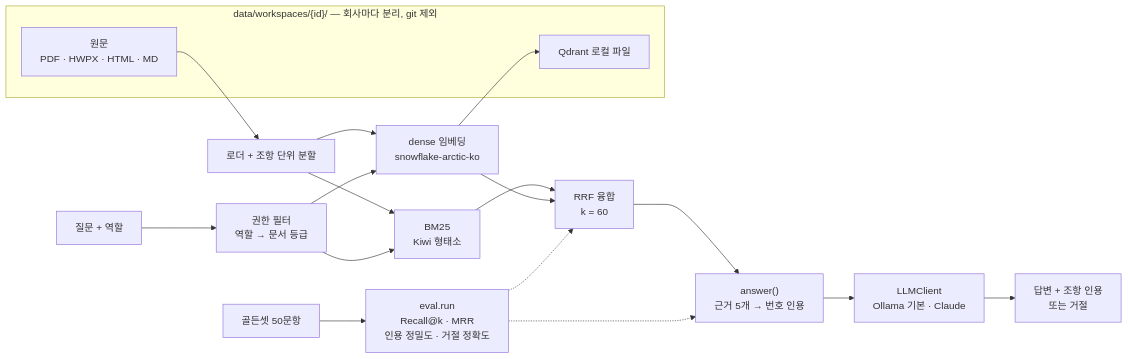
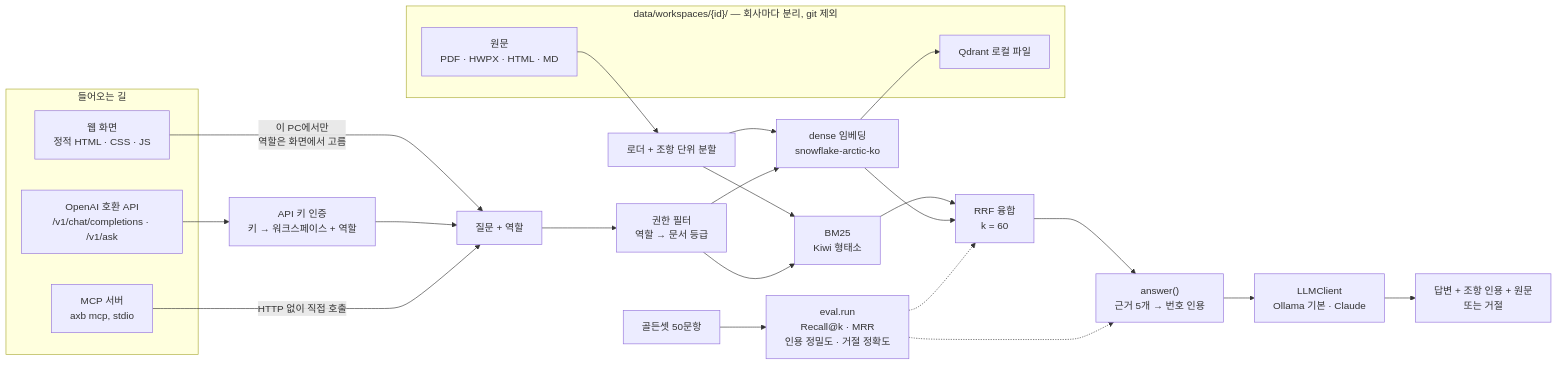
One commit to Growcompany/ax-assistant-builder changed the diagram in README.md. Above: the diagram before and after it, drawn with Mermaid. The commit also changed other lines of this file and 2 other files, not shown here.

````diff
--- a/README.md
+++ b/README.md
@@ -64,22 +200,31 @@
 ```mermaid
 flowchart LR
+    subgraph IN["들어오는 길"]
+        UI["웹 화면<br/>정적 HTML · CSS · JS"]
+        V1["OpenAI 호환 API<br/>/v1/chat/completions · /v1/ask"]
+        MCP["MCP 서버<br/>axb mcp, stdio"]
+    end
+    UI -->|"이 PC에서만<br/>역할은 화면에서 고름"| Q
+    V1 --> KEY["API 키 인증<br/>키 → 워크스페이스 + 역할"]
+    KEY --> Q
+    MCP -->|"HTTP 없이 직접 호출"| Q
     subgraph WS["data/workspaces/{id}/ — 회사마다 분리, git 제외"]
         RAW["원문<br/>PDF · HWPX · HTML · MD"]
         IDX["Qdrant 로컬 파일"]
     end
     RAW --> CHUNK["로더 + 조항 단위 분할"]
     CHUNK --> BM25["BM25<br/>Kiwi 형태소"]
     CHUNK --> DENSE["dense 임베딩<br/>snowflake-arctic-ko"]
     DENSE --> IDX
     Q["질문 + 역할"] --> ACL["권한 필터<br/>역할 → 문서 등급"]
     ACL --> BM25
     ACL --> DENSE
     BM25 --> RRF["RRF 융합<br/>k = 60"]
     DENSE --> RRF
     RRF --> ANS["answer()<br/>근거 5개 → 번호 인용"]
     ANS --> LLM["LLMClient<br/>Ollama 기본 · Claude"]
-    LLM --> OUT["답변 + 조항 인용<br/>또는 거절"]
+    LLM --> OUT["답변 + 조항 인용 + 원문<br/>또는 거절"]
     GOLD["골든셋 50문항"] --> EVAL["eval.run<br/>Recall@k · MRR<br/>인용 정밀도 · 거절 정확도"]
     EVAL -.-> RRF
     EVAL -.-> ANS
 ```
````
